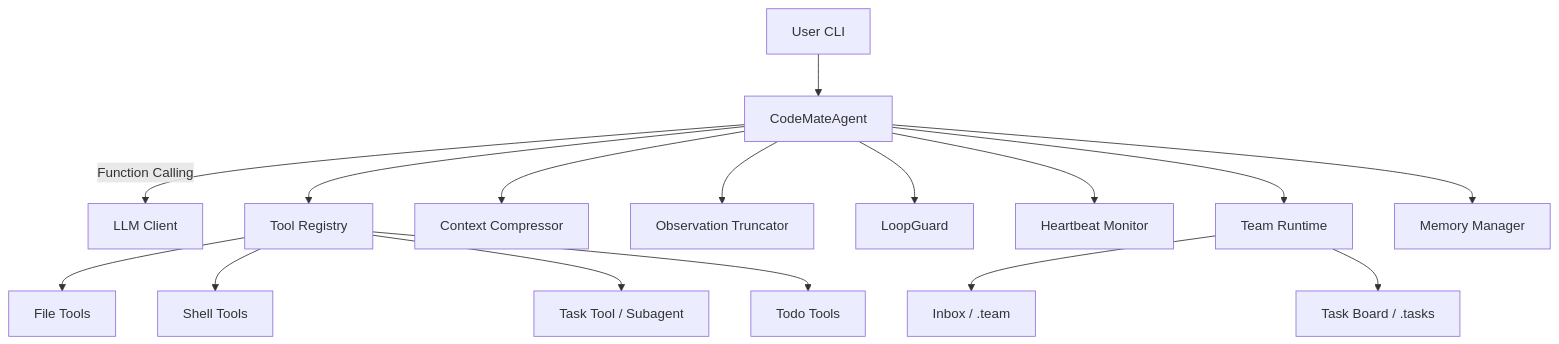
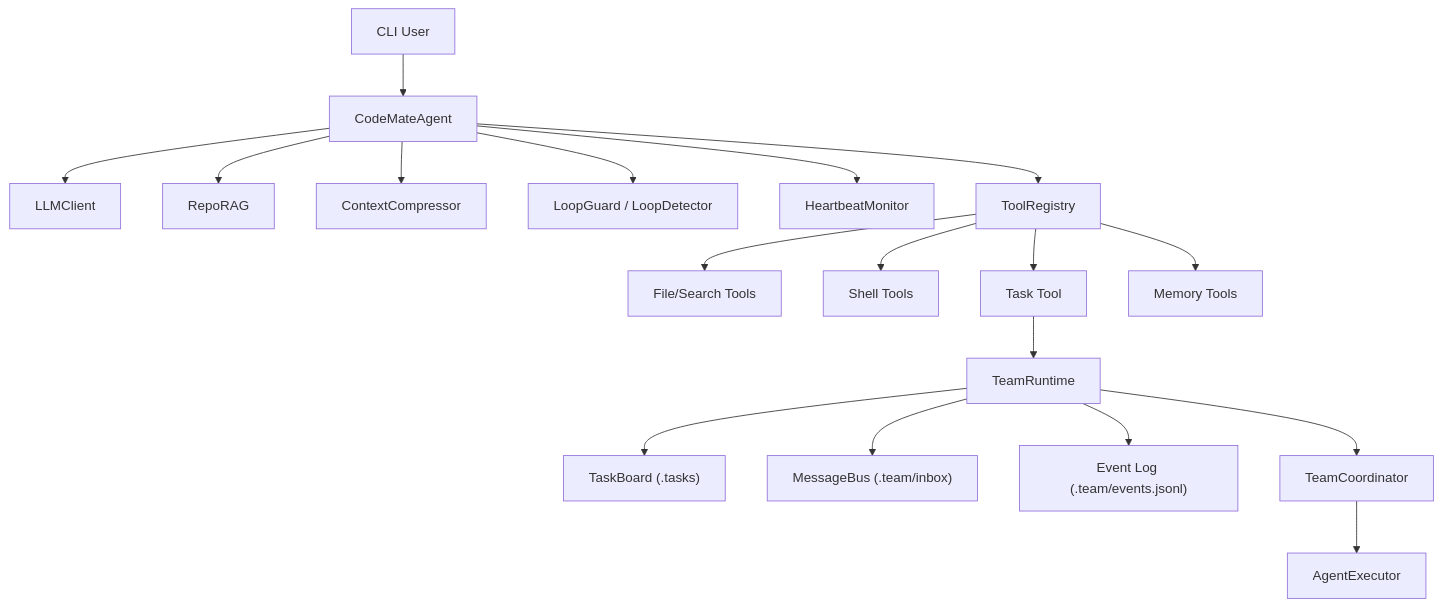
Before and after one commit to JackZhu001/Oh-My-Claw: the diagram in README.md, drawn with Mermaid. The commit also changed other lines of this file and 62 other files, not shown here.

````diff
--- a/README.md
+++ b/README.md
@@ -33,18 +51,22 @@
 ```mermaid
 flowchart TB
-  U[User CLI] --> A[CodeMateAgent]
-  A -->|Function Calling| LLM[LLM Client]
-  A --> T[Tool Registry]
-  T --> FS[File Tools]
-  T --> SH[Shell Tools]
-  T --> TK[Task Tool / Subagent]
-  T --> TD[Todo Tools]
-  A --> C[Context Compressor]
-  A --> TR[Observation Truncator]
-  A --> LG[LoopGuard]
-  A --> HB[Heartbeat Monitor]
-  A --> TM[Team Runtime]
-  TM --> IN[Inbox / .team]
-  TM --> TB[Task Board / .tasks]
-  A --> MEM[Memory Manager]
+  U["CLI User"] --> A["CodeMateAgent"]
+  A --> L["LLMClient"]
+  A --> R["RepoRAG"]
+  A --> C["ContextCompressor"]
+  A --> G["LoopGuard / LoopDetector"]
+  A --> H["HeartbeatMonitor"]
+  A --> T["ToolRegistry"]
+
+  T --> F["File/Search Tools"]
+  T --> S["Shell Tools"]
+  T --> K["Task Tool"]
+  T --> M["Memory Tools"]
+
+  K --> TR["TeamRuntime"]
+  TR --> TB["TaskBoard (.tasks)"]
+  TR --> MB["MessageBus (.team/inbox)"]
+  TR --> EV["Event Log (.team/events.jsonl)"]
+  TR --> CO["TeamCoordinator"]
+  CO --> EX["AgentExecutor"]
 ```
````
